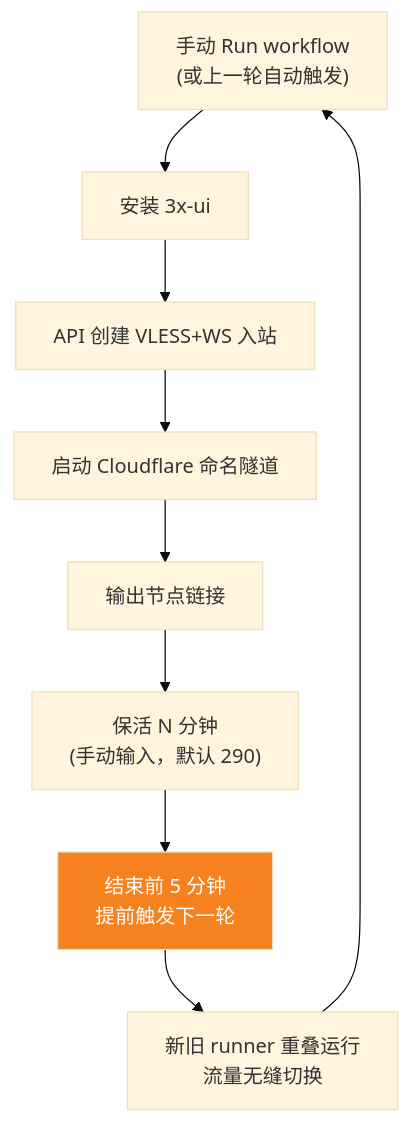
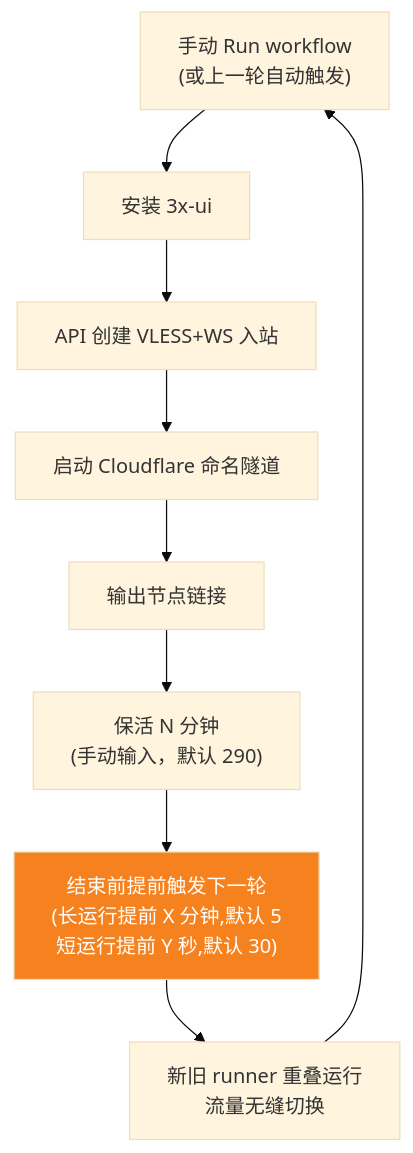
The second of 3 diagrams in README.ptbr.md (1246437945/cloud-3xui), drawn with Mermaid (base theme) before and after one commit.

Commit message:
docs: flowchart variable

````diff
--- a/README.ptbr.md
+++ b/README.ptbr.md
@@ -30,13 +30,13 @@
 ```mermaid
 flowchart TD
     A["手动 Run workflow\n(或上一轮自动触发)"] --> B["安装 3x-ui"]
     B --> C["API 创建 VLESS+WS 入站"]
     C --> D["启动 Cloudflare 命名隧道"]
     D --> E["输出节点链接"]
     E --> F["保活 N 分钟<br/>(手动输入，默认 290)"]
-    F --> G["结束前 5 分钟<br/>提前触发下一轮"]
+    F --> G["结束前提前触发下一轮<br/>(长运行提前 X 分钟,默认 5<br/>短运行提前 Y 秒,默认 30)"]
     G --> H["新旧 runner 重叠运行<br/>流量无缝切换"]
     H --> A
 
     style G fill:#f6821f,color:#fff
 ```
````
